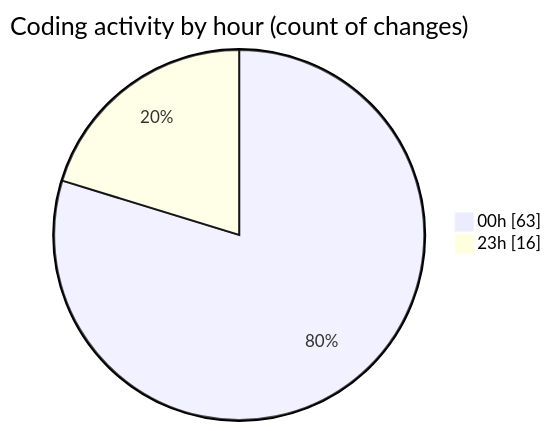
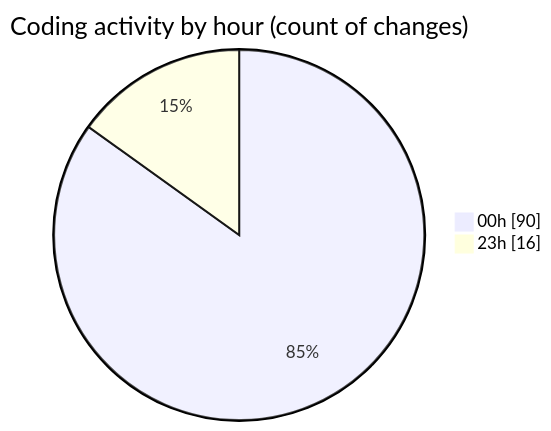
One commit to Ritupan-Deka/code-tracking changed the second of 2 diagrams in 2025-05-26/projects/README.md. Above: the diagram before and after it, drawn with Mermaid. The commit also changed other lines of this file and 1 other file, not shown here.

````diff
--- a/2025-05-26/projects/README.md
+++ b/2025-05-26/projects/README.md
@@ -33,6 +33,6 @@
 ```mermaid
 pie showData
 title Coding activity by hour (count of changes)
-"00h" : 63
+"00h" : 90
 "23h" : 16
 ```
````
